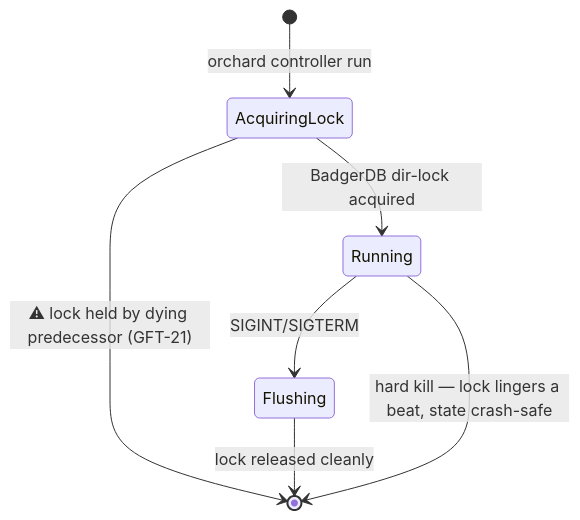
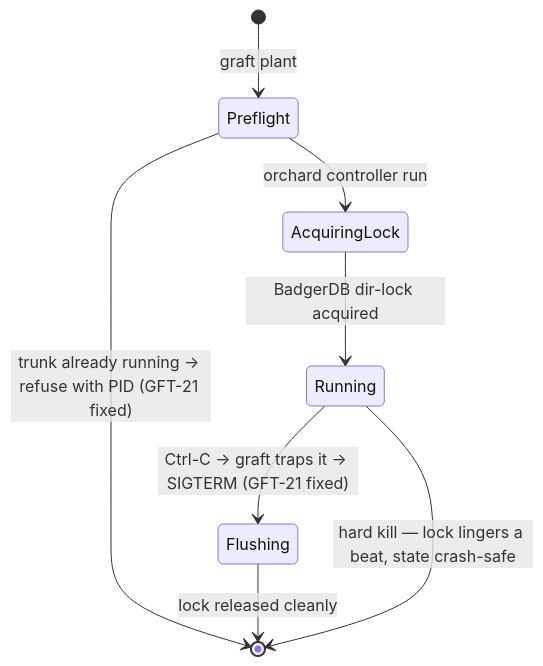
Before and after one commit to Arborist-sh/graft: the eighth of 13 diagrams in docs/design/lifecycle-and-failures.md, drawn with Mermaid. The commit also changed other lines of this file and 11 other files, not shown here.

````diff
--- a/docs/design/lifecycle-and-failures.md
+++ b/docs/design/lifecycle-and-failures.md
@@ -280,9 +300,10 @@
 ```mermaid
 stateDiagram-v2
-    [*] --> AcquiringLock: orchard controller run
+    [*] --> Preflight: graft plant
+    Preflight --> [*]: trunk already running → refuse with PID (GFT-21 fixed)
+    Preflight --> AcquiringLock: orchard controller run
     AcquiringLock --> Running: BadgerDB dir-lock acquired
-    AcquiringLock --> [*]: ⚠ lock held by dying predecessor (GFT-21)
-    Running --> Flushing: SIGINT/SIGTERM
+    Running --> Flushing: Ctrl-C → graft traps it → SIGTERM (GFT-21 fixed)
     Flushing --> [*]: lock released cleanly
     Running --> [*]: hard kill — lock lingers a beat, state crash-safe
 ```
````
